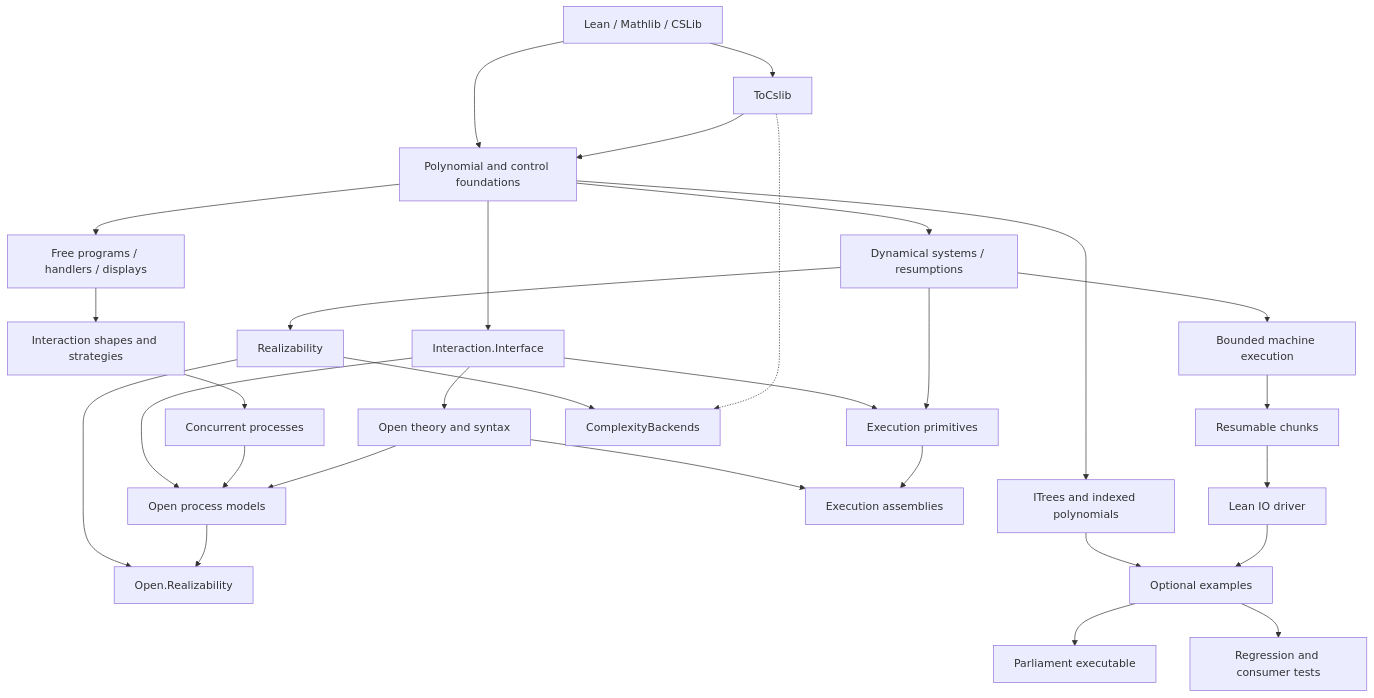
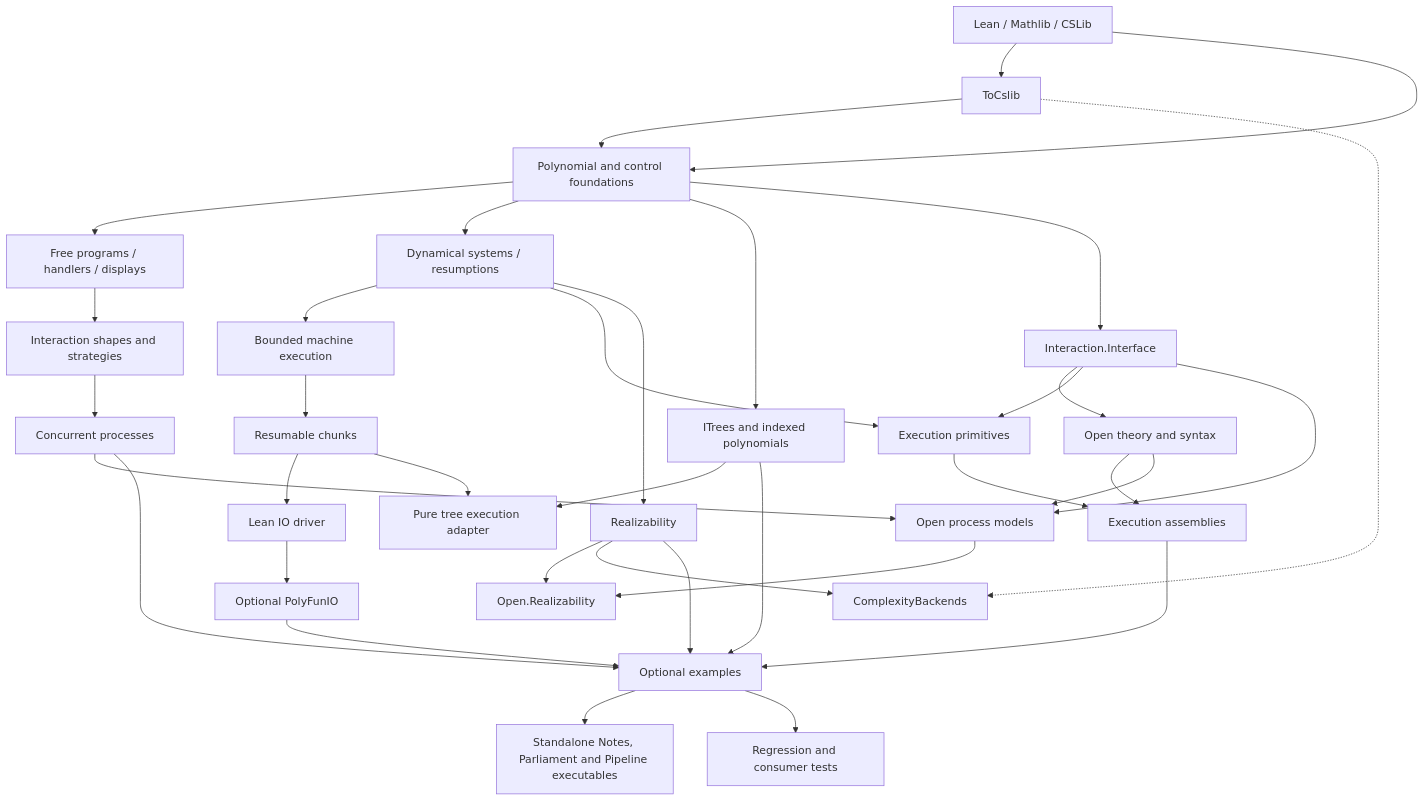
Before and after one commit to Verified-zkEVM/PolyFun: the diagram in docs/reference/repo-map.md, drawn with Mermaid. The commit also changed other lines of this file and 168 other files, not shown here.

````diff
--- a/docs/reference/repo-map.md
+++ b/docs/reference/repo-map.md
@@ -53,32 +59,38 @@
 ```mermaid
 flowchart TD
   U[Lean / Mathlib / CSLib] --> T[ToCslib]
   U --> P[Polynomial and control foundations]
   T --> P
   P --> F[Free programs / handlers / displays]
   P --> D[Dynamical systems / resumptions]
   D --> BD[Bounded machine execution]
   BD --> RC[Resumable chunks]
   RC --> IO[Lean IO driver]
+  RC --> TE[Pure tree execution adapter]
   P --> I[ITrees and indexed polynomials]
+  I --> TE
   F --> S[Interaction shapes and strategies]
   S --> C[Concurrent processes]
   P --> B[Interaction.Interface]
   B --> O[Open theory and syntax]
   B --> E[Execution primitives]
   D --> E
   O --> A[Execution assemblies]
   E --> A
   B --> OP[Open process models]
   C --> OP
   O --> OP
   D --> R[Realizability]
   R --> OR[Open.Realizability]
   OP --> OR
   R --> AD[ComplexityBackends]
   T -.-> AD
   I --> EX[Optional examples]
-  IO --> EX
-  EX --> CLI[Parliament executable]
+  A --> EX
+  C --> EX
+  R --> EX
+  IO --> PIO[Optional PolyFunIO]
+  PIO --> EX
+  EX --> CLI[Standalone Notes, Parliament and Pipeline executables]
   EX --> TEST[Regression and consumer tests]
 ```
````
